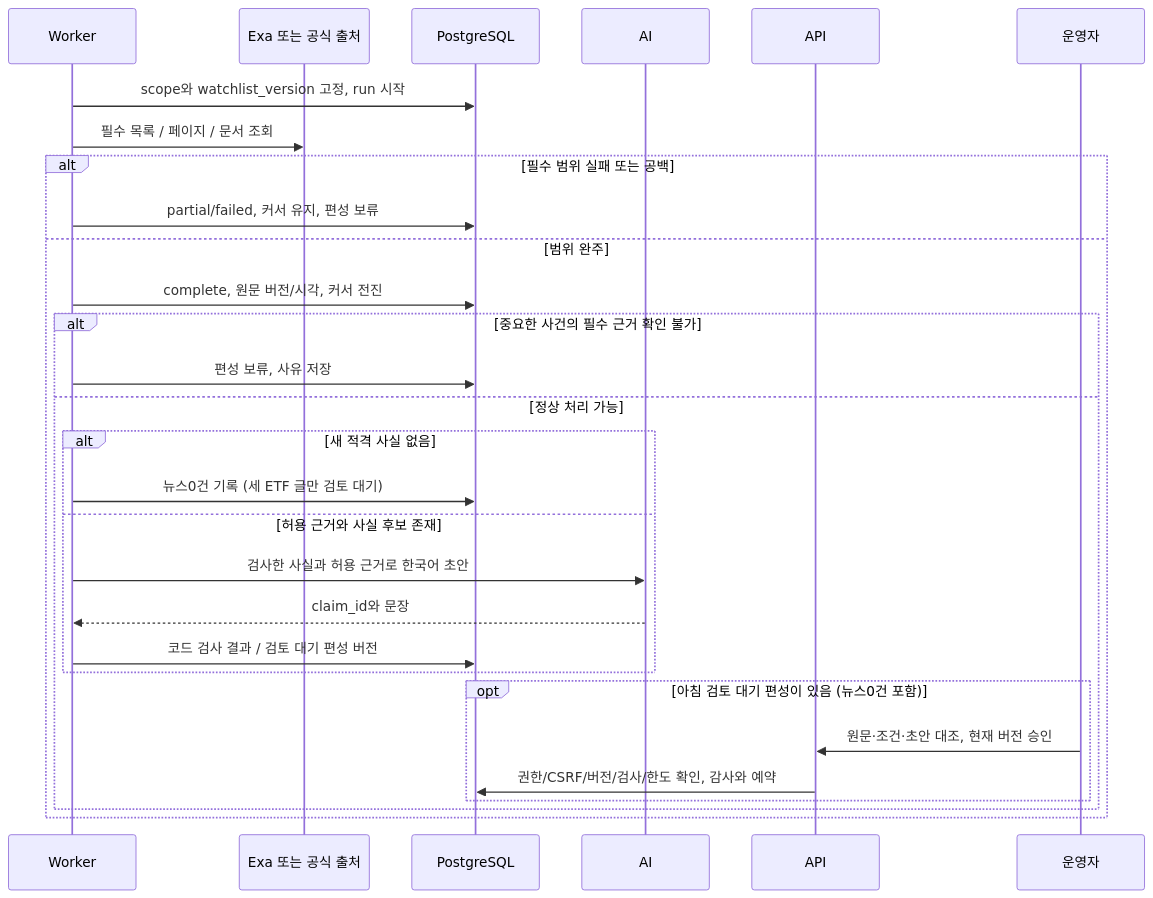
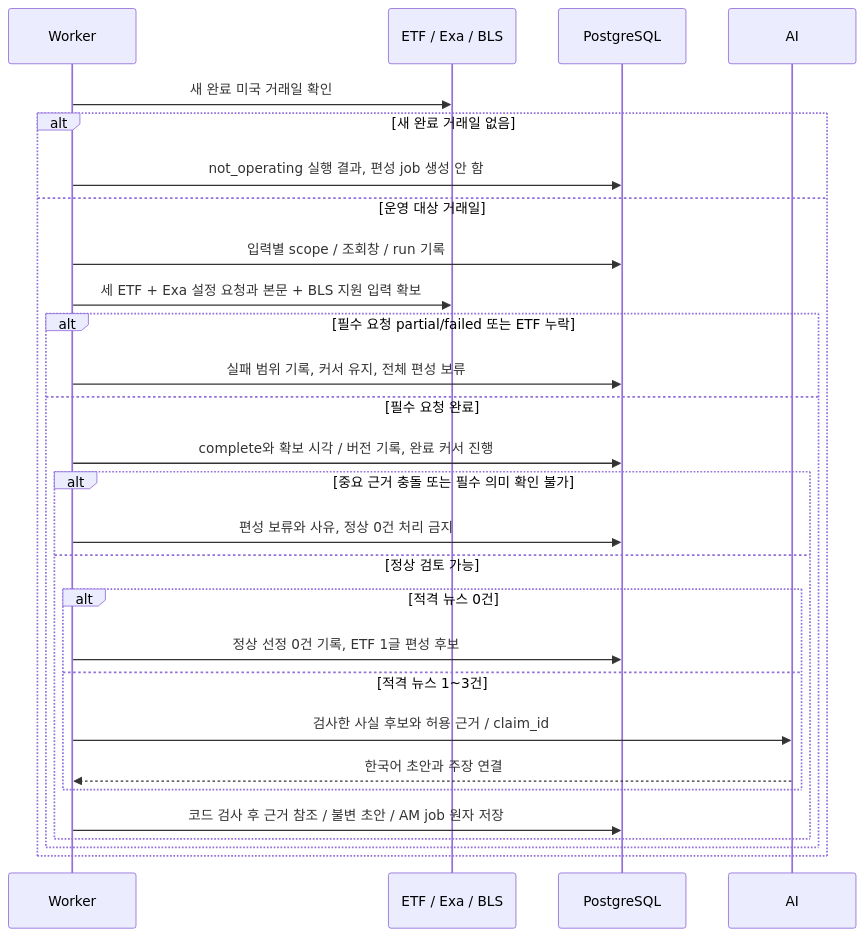
One commit to luvulmi/xfolio changed the third of 5 diagrams in docs/specifications/시스템_구성과_주요_시퀀스.md. Above: the diagram before and after it, drawn with Mermaid. The commit also changed other lines of this file and 9 other files, not shown here.

````diff
--- a/docs/specifications/시스템_구성과_주요_시퀀스.md
+++ b/docs/specifications/시스템_구성과_주요_시퀀스.md
@@ -34,31 +57,30 @@
 ```mermaid
 sequenceDiagram
   participant W as Worker
-  participant P as Exa 또는 공식 출처
+  participant P as ETF / Exa / BLS
   participant D as PostgreSQL
   participant L as AI
-  participant A as API
-  participant U as 운영자
-  W->>D: scope와 watchlist_version 고정, run 시작
-  W->>P: 필수 목록 / 페이지 / 문서 조회
-  alt 필수 범위 실패 또는 공백
-    W->>D: partial/failed, 커서 유지, 편성 보류
-  else 범위 완주
-    W->>D: complete, 원문 버전/시각, 커서 전진
-    alt 중요한 사건의 필수 근거 확인 불가
-      W->>D: 편성 보류, 사유 저장
-    else 정상 처리 가능
-      alt 새 적격 사실 없음
-        W->>D: 뉴스0건 기록 (세 ETF 글만 검토 대기)
-      else 허용 근거와 사실 후보 존재
-      W->>L: 검사한 사실과 허용 근거로 한국어 초안
-      L-->>W: claim_id와 문장
-      W->>D: 코드 검사 결과 / 검토 대기 편성 버전
-      end
-      opt 아침 검토 대기 편성이 있음 (뉴스0건 포함)
-        U->>A: 원문·조건·초안 대조, 현재 버전 승인
-        A->>D: 권한/CSRF/버전/검사/한도 확인, 감사와 예약
+  W->>P: 새 완료 미국 거래일 확인
+  alt 새 완료 거래일 없음
+    W->>D: not_operating 실행 결과, 편성 job 생성 안 함
+  else 운영 대상 거래일
+    W->>D: 입력별 scope / 조회창 / run 기록
+    W->>P: 세 ETF + Exa 설정 요청과 본문 + BLS 지원 입력 확보
+    alt 필수 요청 partial/failed 또는 ETF 누락
+      W->>D: 실패 범위 기록, 커서 유지, 전체 편성 보류
+    else 필수 요청 완료
+      W->>D: complete와 확보 시각 / 버전 기록, 완료 커서 진행
+      alt 중요 근거 충돌 또는 필수 의미 확인 불가
+        W->>D: 편성 보류와 사유, 정상 0건 처리 금지
+      else 정상 검토 가능
+        alt 적격 뉴스 0건
+          W->>D: 정상 선정 0건 기록, ETF 1글 편성 후보
+        else 적격 뉴스 1~3건
+          W->>L: 검사한 사실 후보와 허용 근거 / claim_id
+          L-->>W: 한국어 초안과 주장 연결
+        end
+        W->>D: 코드 검사 후 근거 참조 / 불변 초안 / AM job 원자 저장
       end
     end
   end
 ```
````
